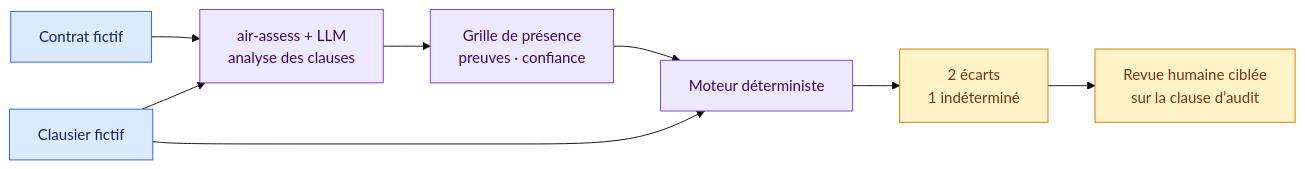
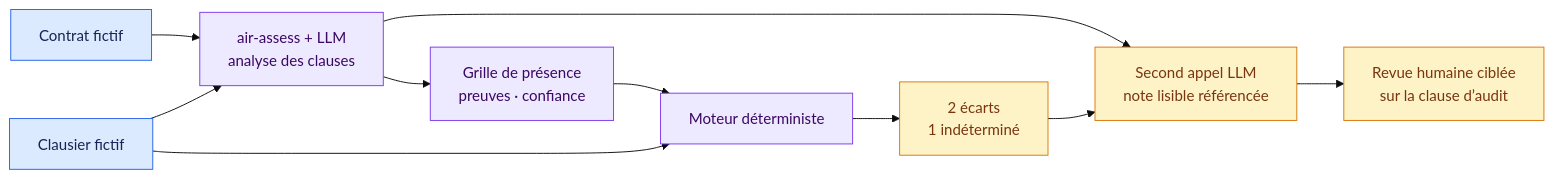
One commit to NickChaps/Open-AIRS changed the diagram in examples/contract-review/README.fr.md. Above: the diagram before and after it, drawn with Mermaid (base theme). The commit also changed 58 other files, not shown here.

````diff
--- a/examples/contract-review/README.fr.md
+++ b/examples/contract-review/README.fr.md
@@ -10,17 +10,19 @@
 ```mermaid
 flowchart LR
     C["Contrat fictif"] --> X["air-assess + LLM<br/>analyse des clauses"]
     L["Clausier fictif"] --> X
     X --> F["Grille de présence<br/>preuves · confiance"]
     F --> E["Moteur déterministe"]
     L --> E
     E --> R["2 écarts<br/>1 indéterminé"]
-    R --> H["Revue humaine ciblée<br/>sur la clause d’audit"]
+    X --> N["Second appel LLM<br/>note lisible référencée"]
+    R --> N
+    N --> H["Revue humaine ciblée<br/>sur la clause d’audit"]
 
     classDef source fill:#dbeafe,stroke:#2563eb,color:#172554
     classDef analysis fill:#ede9fe,stroke:#7c3aed,color:#3b0764
     classDef result fill:#fef3c7,stroke:#d97706,color:#78350f
     class C,L source
     class X,F,E analysis
-    class R,H result
+    class R,N,H result
 ```
````
